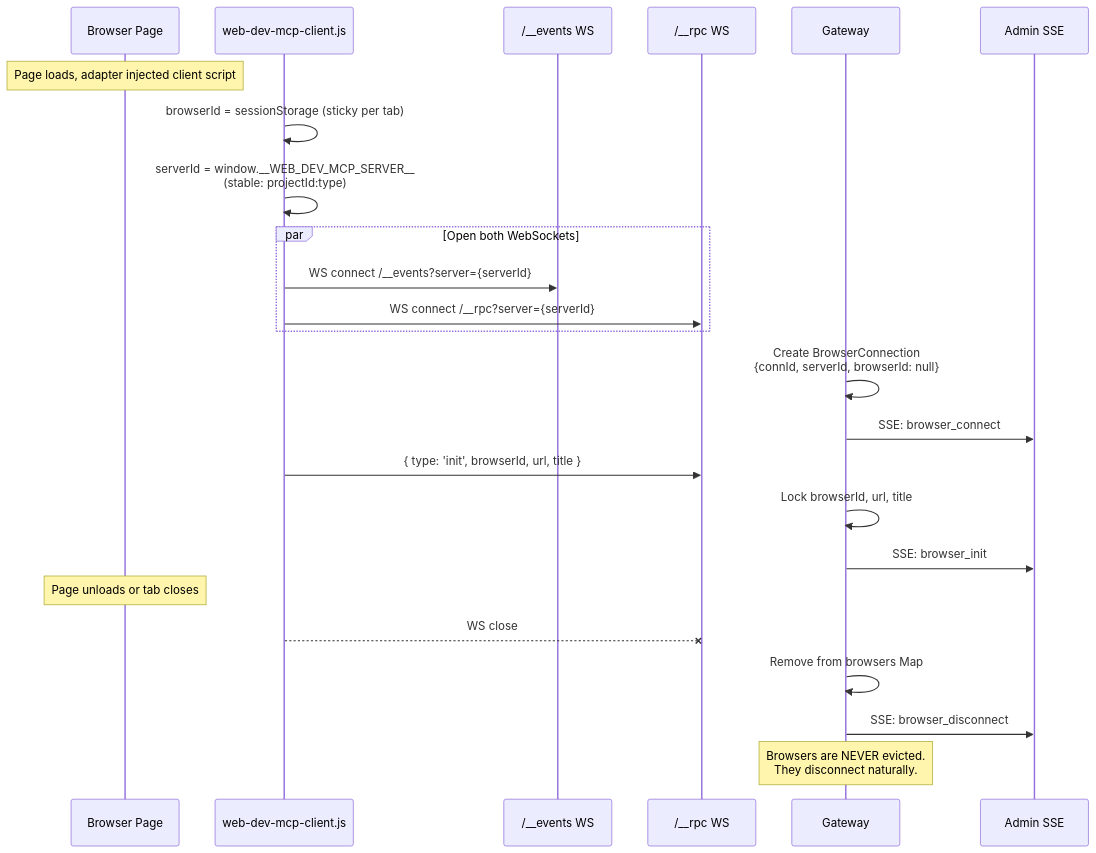
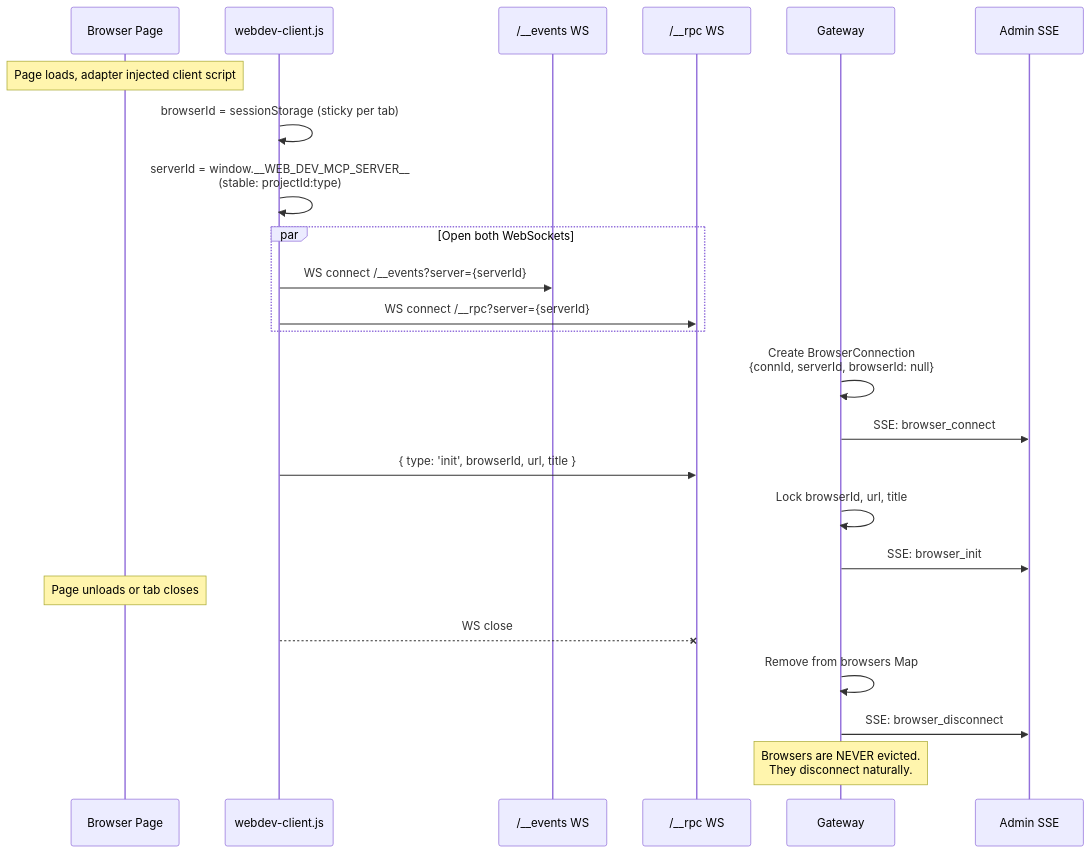
One commit to WinstonFassett/webdev-ai changed the fifth of 8 diagrams in docs/architecture.md. Above: the diagram before and after it, drawn with Mermaid. The commit also changed other lines of this file and 12 other files, not shown here.

````diff
--- a/docs/architecture.md
+++ b/docs/architecture.md
@@ -198,34 +198,34 @@
 ```mermaid
 sequenceDiagram
     participant Page as Browser Page
-    participant Client as web-dev-mcp-client.js
+    participant Client as webdev-client.js
     participant EventsWS as /__events WS
     participant RpcWS as /__rpc WS
     participant Gateway
     participant Admin as Admin SSE
 
     Note over Page: Page loads, adapter injected client script
 
     Client->>Client: browserId = sessionStorage (sticky per tab)
     Client->>Client: serverId = window.__WEB_DEV_MCP_SERVER__<br/>(stable: projectId:type)
 
     par Open both WebSockets
         Client->>EventsWS: WS connect /__events?server={serverId}
         Client->>RpcWS: WS connect /__rpc?server={serverId}
     end
 
     Gateway->>Gateway: Create BrowserConnection<br/>{connId, serverId, browserId: null}
     Gateway->>Admin: SSE: browser_connect
 
     Client->>RpcWS: { type: 'init', browserId, url, title }
     Gateway->>Gateway: Lock browserId, url, title
     Gateway->>Admin: SSE: browser_init
 
     Note over Page: Page unloads or tab closes
 
     Client--xRpcWS: WS close
     Gateway->>Gateway: Remove from browsers Map
     Gateway->>Admin: SSE: browser_disconnect
 
     Note over Gateway: Browsers are NEVER evicted.<br/>They disconnect naturally.
 ```
````
